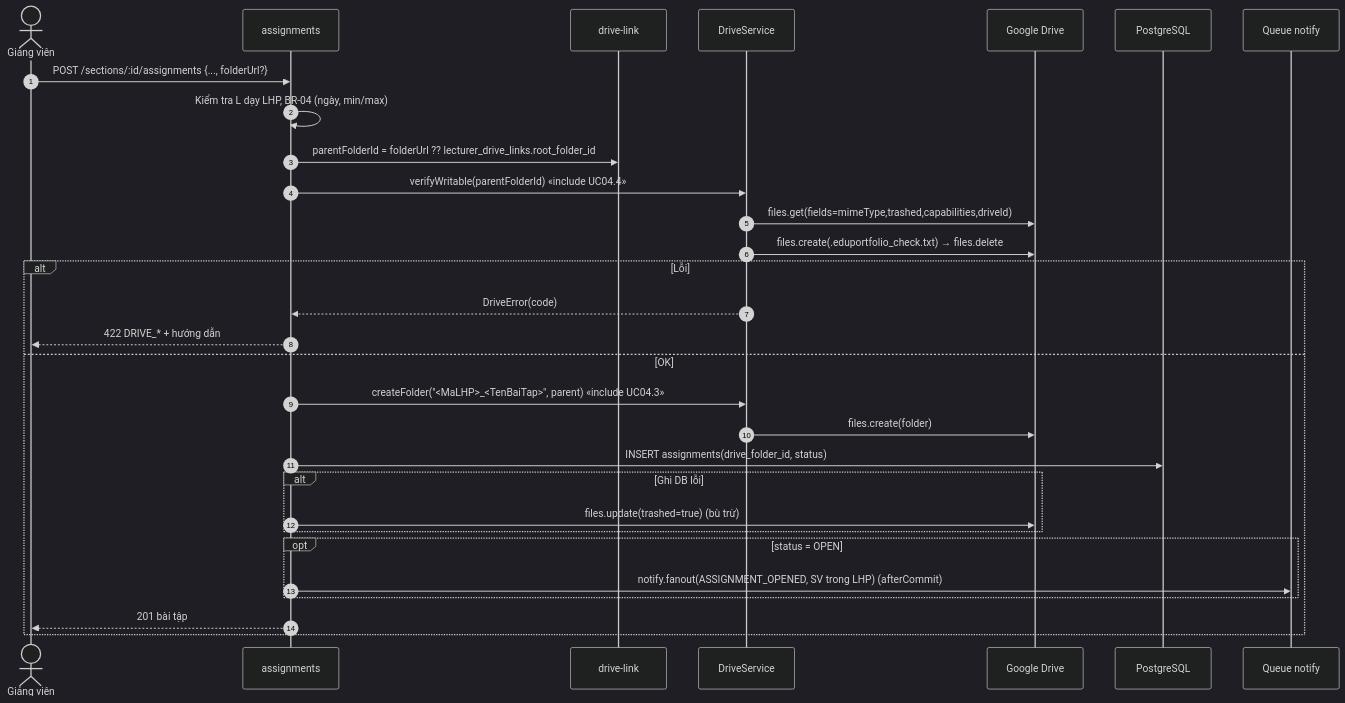
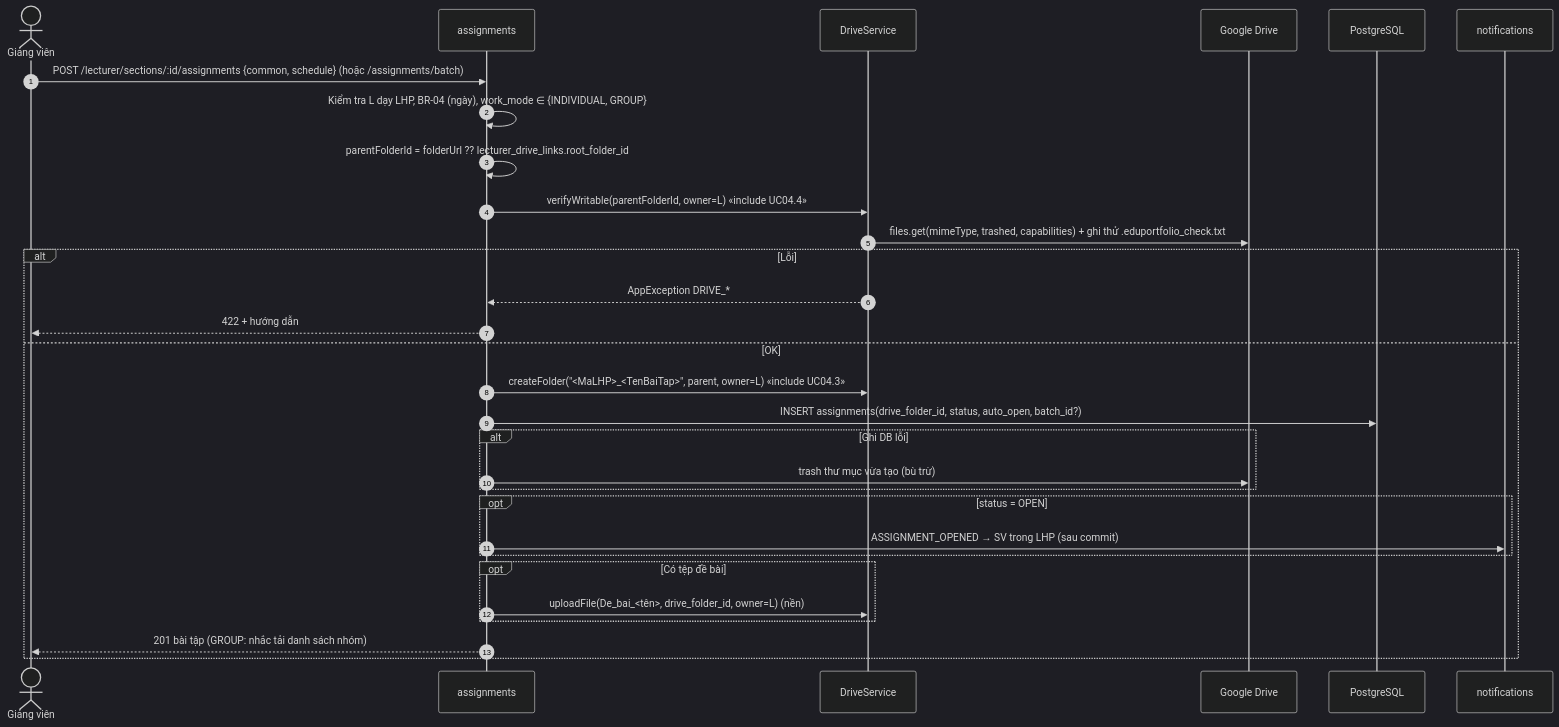
Before and after one commit to Tuaanss/-ATN: the fourth of 12 diagrams in docs/ModuleFlows.md, drawn with Mermaid (dark theme). The commit also changed other lines of this file and 165 other files, not shown here.

````diff
--- a/docs/ModuleFlows.md
+++ b/docs/ModuleFlows.md
@@ -82,33 +115,33 @@
 ```mermaid
 sequenceDiagram
   autonumber
   actor L as Giảng viên
   participant AS as assignments
-  participant DL as drive-link
   participant D as DriveService
   participant G as Google Drive
   participant DB as PostgreSQL
-  participant Q as Queue notify
+  participant N as notifications
 
-  L->>AS: POST /sections/:id/assignments {..., folderUrl?}
-  AS->>AS: Kiểm tra L dạy LHP, BR-04 (ngày, min/max)
-  AS->>DL: parentFolderId = folderUrl ?? lecturer_drive_links.root_folder_id
-  AS->>D: verifyWritable(parentFolderId)  «include UC04.4»
-  D->>G: files.get(fields=mimeType,trashed,capabilities,driveId)
-  D->>G: files.create(.eduportfolio_check.txt) → files.delete
+  L->>AS: POST /lecturer/sections/:id/assignments {common, schedule} (hoặc /assignments/batch)
+  AS->>AS: Kiểm tra L dạy LHP, BR-04 (ngày), work_mode ∈ {INDIVIDUAL, GROUP}
+  AS->>AS: parentFolderId = folderUrl ?? lecturer_drive_links.root_folder_id
+  AS->>D: verifyWritable(parentFolderId, owner=L)  «include UC04.4»
+  D->>G: files.get(mimeType, trashed, capabilities) + ghi thử .eduportfolio_check.txt
   alt Lỗi
-    D-->>AS: DriveError(code)
-    AS-->>L: 422 DRIVE_* + hướng dẫn
+    D-->>AS: AppException DRIVE_*
+    AS-->>L: 422 + hướng dẫn
   else OK
-    AS->>D: createFolder("<MaLHP>_<TenBaiTap>", parent)  «include UC04.3»
-    D->>G: files.create(folder)
-    AS->>DB: INSERT assignments(drive_folder_id, status)
+    AS->>D: createFolder("<MaLHP>_<TenBaiTap>", parent, owner=L)  «include UC04.3»
+    AS->>DB: INSERT assignments(drive_folder_id, status, auto_open, batch_id?)
     alt Ghi DB lỗi
-      AS->>G: files.update(trashed=true) (bù trừ)
+      AS->>G: trash thư mục vừa tạo (bù trừ)
     end
     opt status = OPEN
-      AS->>Q: notify.fanout(ASSIGNMENT_OPENED, SV trong LHP) (afterCommit)
+      AS->>N: ASSIGNMENT_OPENED → SV trong LHP (sau commit)
     end
-    AS-->>L: 201 bài tập
+    opt Có tệp đề bài
+      AS->>D: uploadFile(De_bai_<tên>, drive_folder_id, owner=L) (nền)
+    end
+    AS-->>L: 201 bài tập (GROUP: nhắc tải danh sách nhóm)
   end
 ```
````
